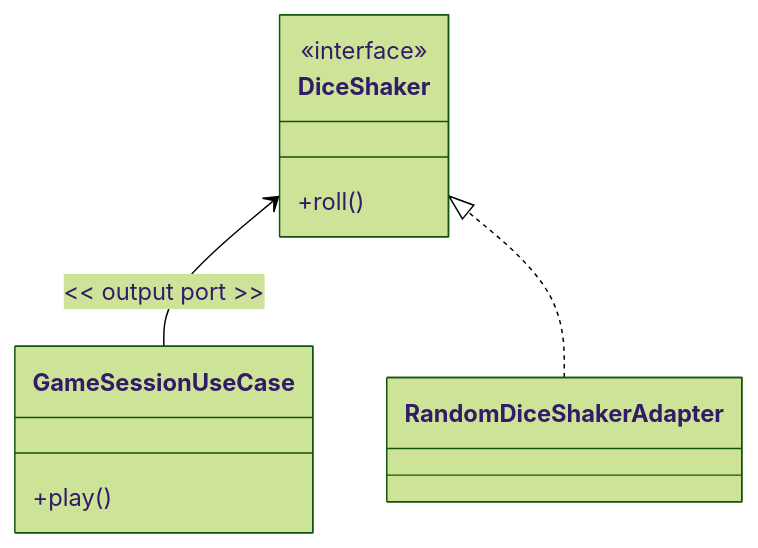
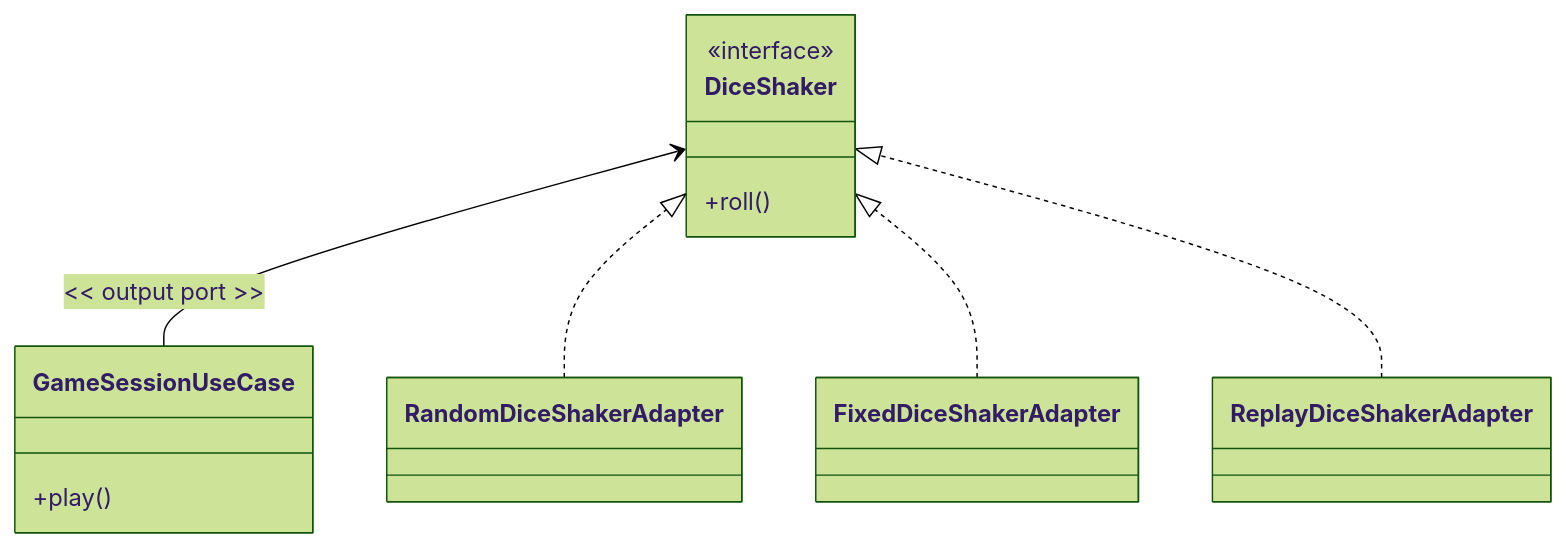
The ninth of 30 diagrams in README.md (SirRmelTheThird/HyperJump), drawn with Mermaid (forest theme) before and after one commit. The commit also changed other lines of this file, not shown here.

````diff
--- a/README.md
+++ b/README.md
@@ -263,19 +291,27 @@
 ```mermaid
 classDiagram
     direction BT
 
     class GameSessionUseCase {
         +play()
     }
 
     class DiceShaker {
         <<interface>>
         +roll()
     }
 
     class RandomDiceShakerAdapter {
     }
 
+    class FixedDiceShakerAdapter {
+    }
+
+    class ReplayDiceShakerAdapter {
+    }
+
     GameSessionUseCase --> DiceShaker : << output port >>
     RandomDiceShakerAdapter ..|> DiceShaker
+    FixedDiceShakerAdapter ..|> DiceShaker
+    ReplayDiceShakerAdapter ..|> DiceShaker
 ```
````
